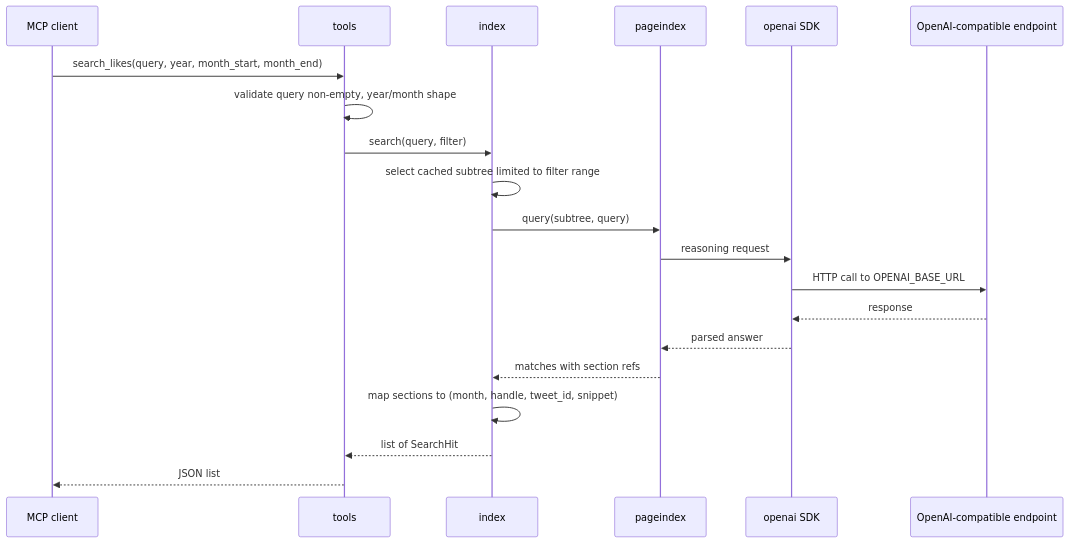
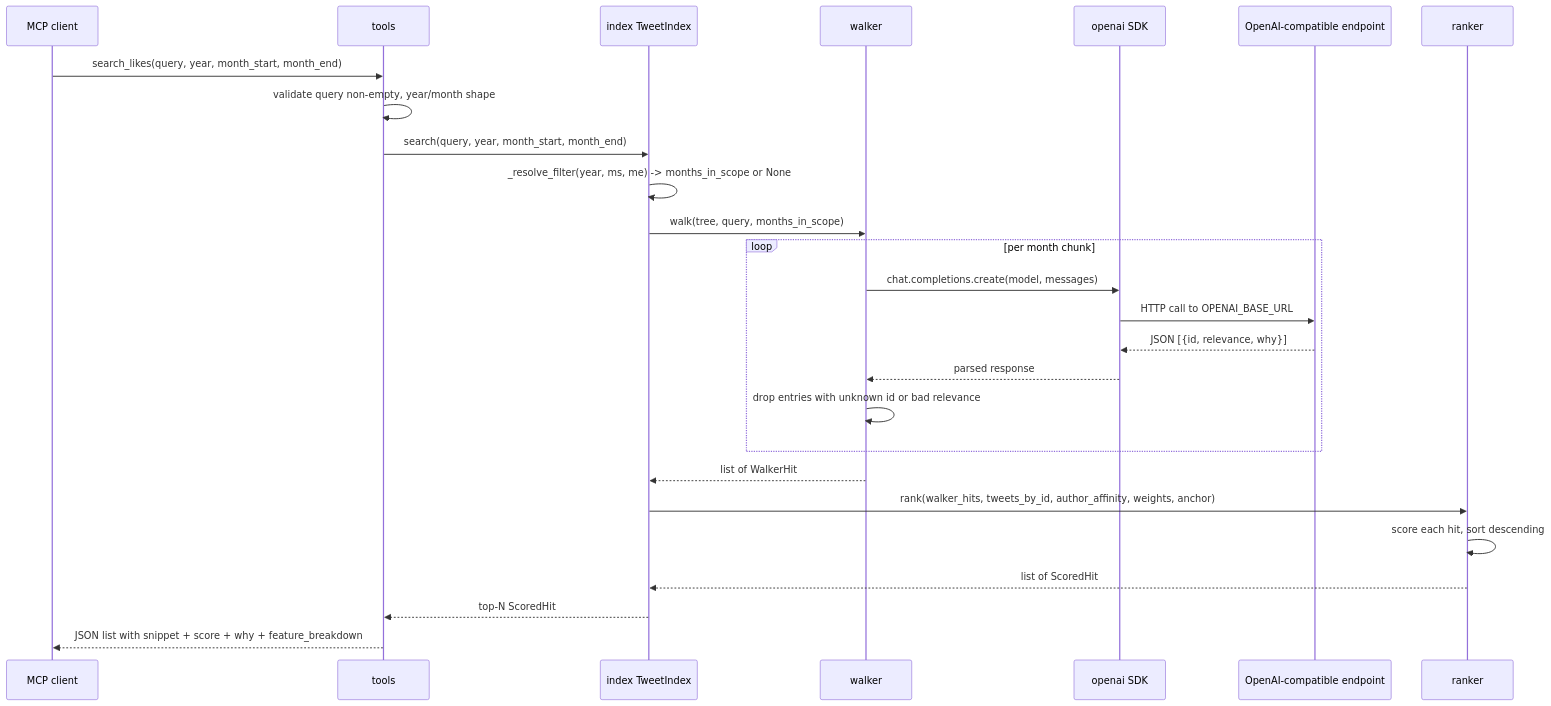
One commit to norandom/x_likes_scraper changed the third of 3 diagrams in .kiro/specs/mcp-pageindex/design.md. Above: the diagram before and after it, drawn with Mermaid. The commit also changed other lines of this file and 5 other files, not shown here.

First line of the commit message:
docs(mcp-pageindex): drop PageIndex; realign to own TweetIndex with tree/walker/ranker

````diff
--- a/.kiro/specs/mcp-pageindex/design.md
+++ b/.kiro/specs/mcp-pageindex/design.md
@@ -252,23 +265,29 @@
 ```mermaid
 sequenceDiagram
     participant Client as MCP client
     participant Tools as tools
-    participant Index as index
-    participant PageIndex as pageindex
+    participant Index as index TweetIndex
+    participant Walker as walker
     participant OpenAI as openai SDK
     participant LLM as OpenAI-compatible endpoint
+    participant Ranker as ranker
 
     Client->>Tools: search_likes(query, year, month_start, month_end)
     Tools->>Tools: validate query non-empty, year/month shape
-    Tools->>Index: search(query, filter)
-    Index->>Index: select cached subtree limited to filter range
-    Index->>PageIndex: query(subtree, query)
-    PageIndex->>OpenAI: reasoning request
-    OpenAI->>LLM: HTTP call to OPENAI_BASE_URL
-    LLM-->>OpenAI: response
-    OpenAI-->>PageIndex: parsed answer
-    PageIndex-->>Index: matches with section refs
-    Index->>Index: map sections to (month, handle, tweet_id, snippet)
-    Index-->>Tools: list of SearchHit
-    Tools-->>Client: JSON list
+    Tools->>Index: search(query, year, month_start, month_end)
+    Index->>Index: _resolve_filter(year, ms, me) -> months_in_scope or None
+    Index->>Walker: walk(tree, query, months_in_scope)
+    loop per month chunk
+        Walker->>OpenAI: chat.completions.create(model, messages)
+        OpenAI->>LLM: HTTP call to OPENAI_BASE_URL
+        LLM-->>OpenAI: JSON [{id, relevance, why}]
+        OpenAI-->>Walker: parsed response
+        Walker->>Walker: drop entries with unknown id or bad relevance
+    end
+    Walker-->>Index: list of WalkerHit
+    Index->>Ranker: rank(walker_hits, tweets_by_id, author_affinity, weights, anchor)
+    Ranker->>Ranker: score each hit, sort descending
+    Ranker-->>Index: list of ScoredHit
+    Index-->>Tools: top-N ScoredHit
+    Tools-->>Client: JSON list with snippet + score + why + feature_breakdown
 ```
````
